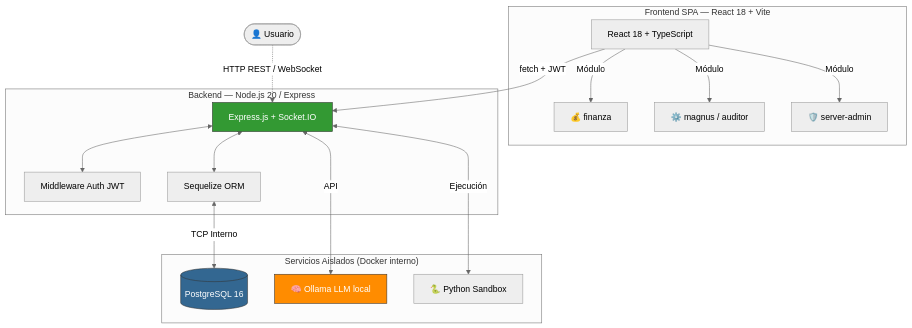
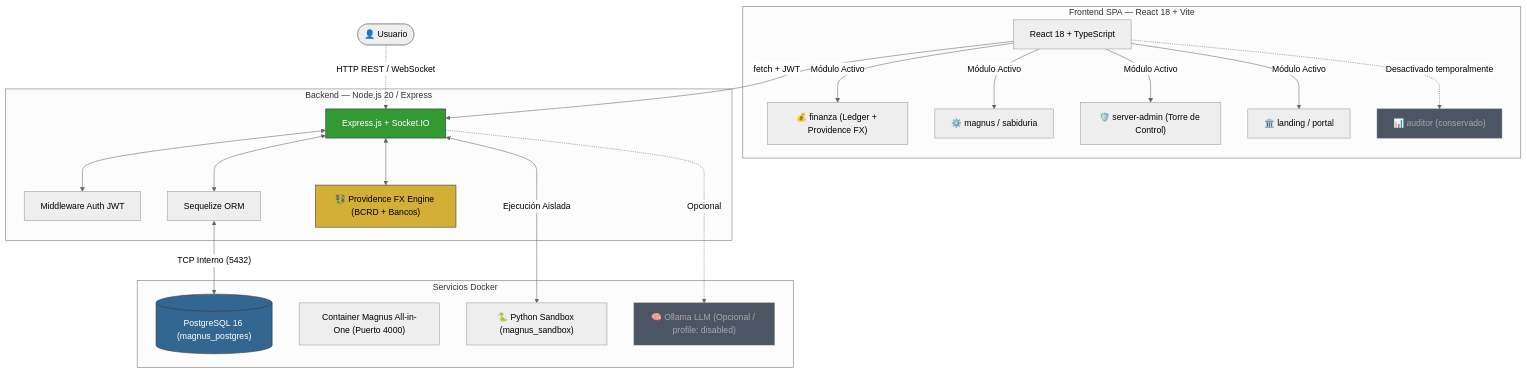
Before and after one commit to YoxeLaunch/MagnusOS2: the first of 2 diagrams in README.md, drawn with Mermaid (neutral theme). The commit also changed other lines of this file, not shown here.

Commit message:
docs: actualizar README con arquitectura actual, módulos activos/opcionales, Providence FX y Acceso 2.0

````diff
--- a/README.md
+++ b/README.md
@@ -50,34 +59,41 @@
 ```mermaid
 graph TD
     User(["👤 Usuario"]) -.->|"HTTP REST / WebSocket"| Backend
 
     subgraph "Frontend SPA — React 18 + Vite"
         React["React 18 + TypeScript"]
-        React -->|"Módulo"| Finanzas["💰 finanza"]
-        React -->|"Módulo"| Magnus["⚙️ magnus / auditor"]
-        React -->|"Módulo"| Admin["🛡️ server-admin"]
+        React -->|"Módulo Activo"| Finanzas["💰 finanza (Ledger + Providence FX)"]
+        React -->|"Módulo Activo"| Magnus["⚙️ magnus / sabiduria"]
+        React -->|"Módulo Activo"| Admin["🛡️ server-admin (Torre de Control)"]
+        React -->|"Módulo Activo"| Landing["🏛️ landing / portal"]
+        React -.->|"Desactivado temporalmente"| Auditor["📊 auditor (conservado)"]
     end
 
     subgraph "Backend — Node.js 20 / Express"
         Backend["Express.js + Socket.IO"]
         JWT["Middleware Auth JWT"]
         ORM["Sequelize ORM"]
+        MarketEngine["💱 Providence FX Engine (BCRD + Bancos)"]
         Backend <--> JWT
         Backend <--> ORM
+        Backend <--> MarketEngine
     end
 
-    subgraph "Servicios Aislados (Docker interno)"
-        DB[("PostgreSQL 16")]
-        AI["🧠 Ollama LLM local"]
-        Sandbox["🐍 Python Sandbox"]
+    subgraph "Servicios Docker"
+        DB[("PostgreSQL 16 (magnus_postgres)")]
+        AppCont["Container Magnus All-in-One (Puerto 4000)"]
+        Sandbox["🐍 Python Sandbox (magnus_sandbox)"]
+        Ollama["🧠 Ollama LLM (Opcional / profile: disabled)"]
     end
 
     React -->|"fetch + JWT"| Backend
-    ORM <-->|"TCP Interno"| DB
-    Backend <-->|"API"| AI
-    Backend <-->|"Ejecución"| Sandbox
+    ORM <-->|"TCP Interno (5432)"| DB
+    Backend <-->|"Ejecución Aislada"| Sandbox
+    Backend -.->|"Opcional"| Ollama
 
     style Backend fill:#339933,stroke:#333,color:#fff
     style DB fill:#336791,stroke:#333,color:#fff
-    style AI fill:#ff8c00,stroke:#333,color:#fff
+    style MarketEngine fill:#d4af37,stroke:#333,color:#000
+    style Ollama fill:#4b5563,stroke:#666,color:#aaa
+    style Auditor fill:#4b5563,stroke:#666,color:#aaa
 ```
````
